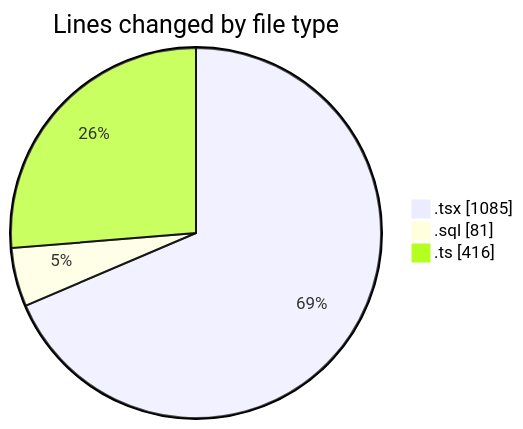
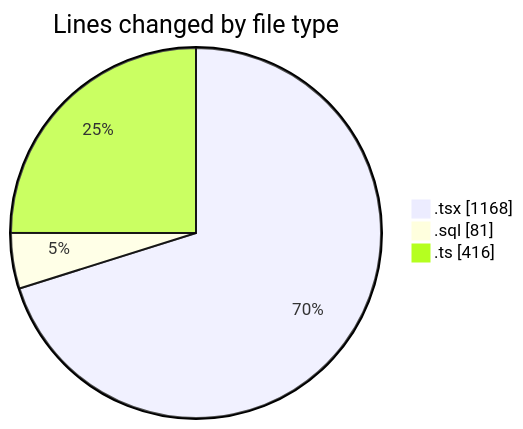
One commit to lephambinh05/code-tracking changed the first of 2 diagrams in 2025-09-09/hiai-phf/README.md. Above: the diagram before and after it, drawn with Mermaid. The commit also changed other lines of this file and 1 other file, not shown here.

````diff
--- a/2025-09-09/hiai-phf/README.md
+++ b/2025-09-09/hiai-phf/README.md
@@ -36,7 +36,7 @@
 ```mermaid
 pie showData
 title Lines changed by file type
-".tsx" : 1085
+".tsx" : 1168
 ".sql" : 81
 ".ts" : 416
 ```
````
